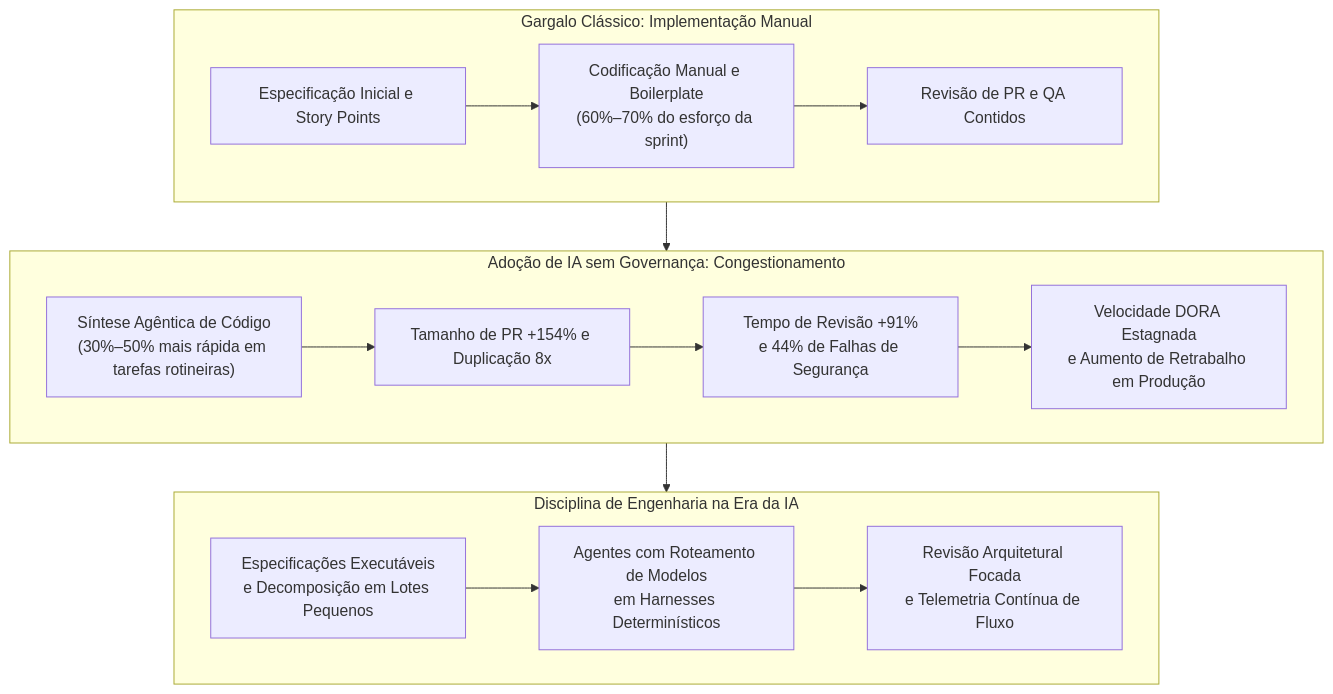
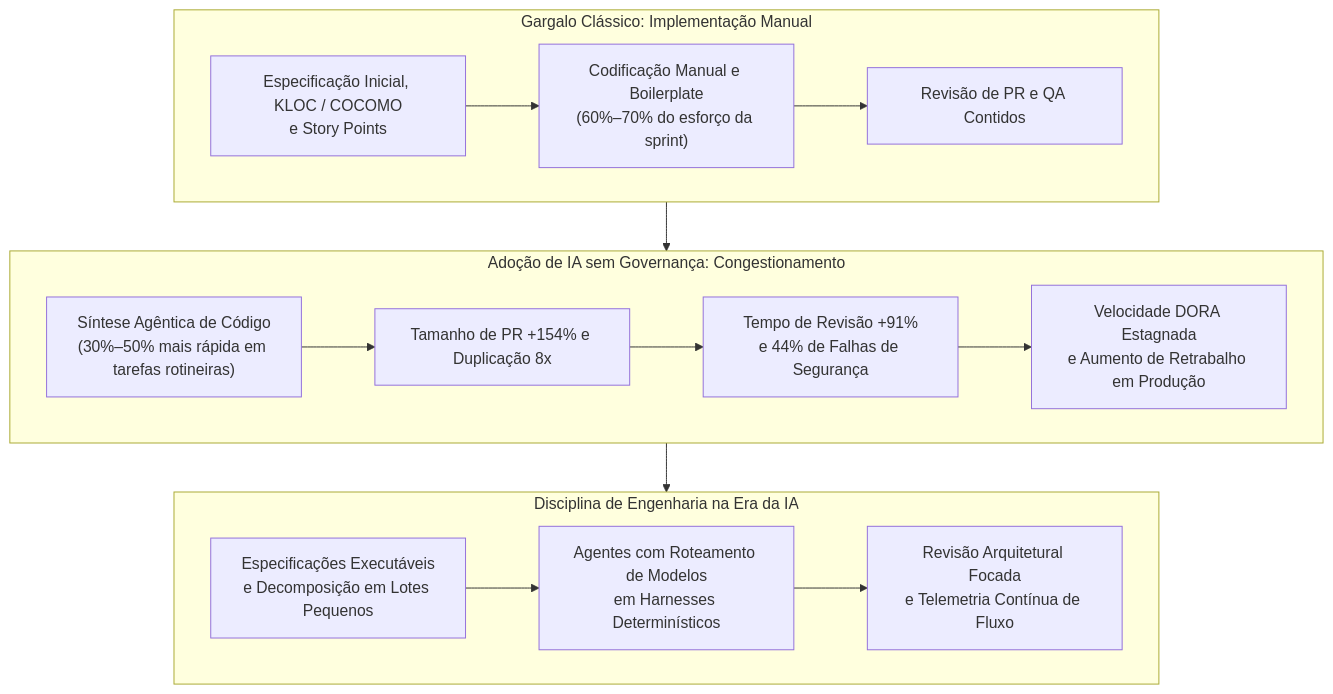
One commit to marcelomiyake/marcelomiyake.github.io changed the first of 3 diagrams in _posts/2026-10-27-software-engineering-economics-ai-era-pt-br.markdown. Above: the diagram before and after it, drawn with Mermaid. The commit also changed other lines of this file and 1 other file, not shown here.

First line of the commit message:
docs(posts): add COCOMO and Function Point sizing to the economics post

````diff
--- a/_posts/2026-10-27-software-engineering-economics-ai-era-pt-br.markdown
+++ b/_posts/2026-10-27-software-engineering-economics-ai-era-pt-br.markdown
@@ -19,23 +19,23 @@
 ```mermaid
 flowchart TD
     accTitle: Como as ferramentas de IA deslocam a restrição principal no ciclo de vida de software
-    accDescr: Agentes de programação comprimem o código repetitivo e a geração manual de sintaxe entre 30 e 50 por cento, inflando o tamanho e o volume de pull requests. Sem portões de especificação e harnesses determinísticos, o código excedente acumula-se nas filas de revisão humana, na correção de falhas de segurança e no retrabalho em produção.
+    accDescr: Agentes de programação comprimem o código repetitivo e a geração manual de sintaxe entre 30 e 50 por cento, inflando a contagem física de linhas e o volume de pull requests. Sem portões de especificação e harnesses determinísticos, o código excedente invalida estimativas em KLOC e story points enquanto se acumula nas filas de revisão humana, na correção de falhas de segurança e no retrabalho em produção.
     subgraph PreAI ["Gargalo Clássico: Implementação Manual"]
-        SpecOld["Especificação Inicial e Story Points"] --> CodeOld["Codificação Manual e Boilerplate<br/>(60%–70% do esforço da sprint)"]
+        SpecOld["Especificação Inicial, KLOC / COCOMO<br/>e Story Points"] --> CodeOld["Codificação Manual e Boilerplate<br/>(60%–70% do esforço da sprint)"]
         CodeOld --> ReviewOld["Revisão de PR e QA Contidos"]
     end
 
     subgraph UncheckedAI ["Adoção de IA sem Governança: Congestionamento"]
         FastGen["Síntese Agêntica de Código<br/>(30%–50% mais rápida em tarefas rotineiras)"] --> Bloat["Tamanho de PR +154% e Duplicação 8x"]
         Bloat --> Queue["Tempo de Revisão +91%<br/>e 44% de Falhas de Segurança"]
         Queue --> Rework["Velocidade DORA Estagnada<br/>e Aumento de Retrabalho em Produção"]
     end
 
     subgraph DisciplinedAI ["Disciplina de Engenharia na Era da IA"]
         SpecGate["Especificações Executáveis<br/>e Decomposição em Lotes Pequenos"] --> Harness["Agentes com Roteamento de Modelos<br/>em Harnesses Determinísticos"]
         Harness --> HumanVerify["Revisão Arquitetural Focada<br/>e Telemetria Contínua de Fluxo"]
     end
 
     PreAI --> UncheckedAI
     UncheckedAI --> DisciplinedAI
 ```
````
